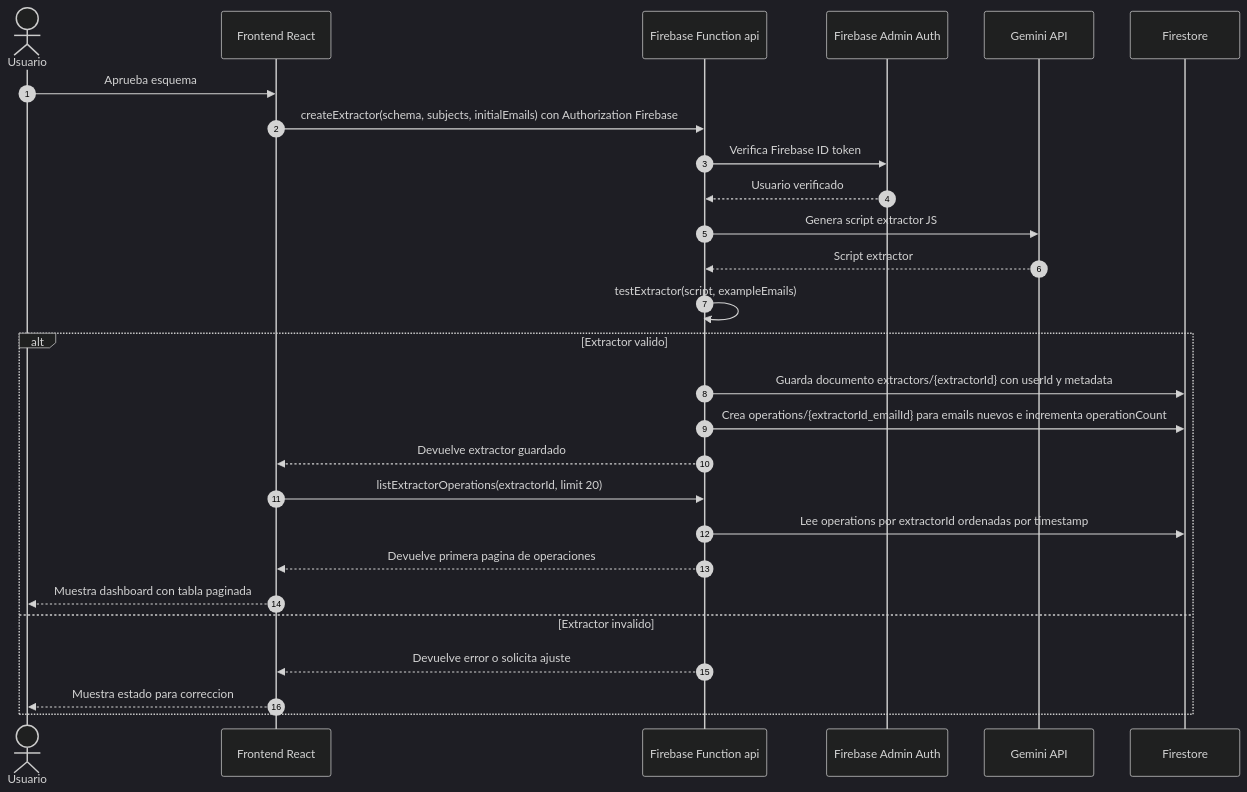
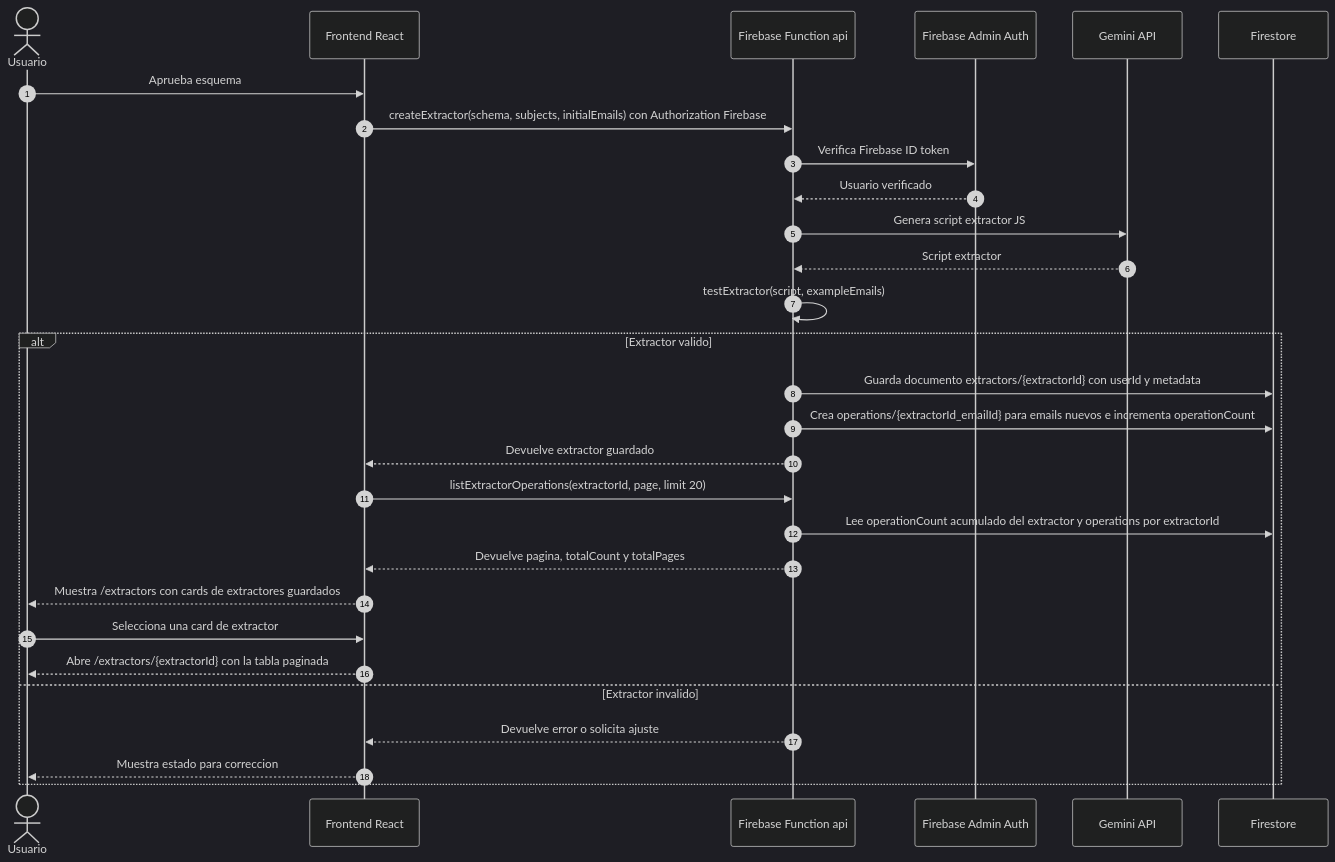
One commit to mijahilbarra/organizr changed the fifth of 9 diagrams in sequence-diagram.md. Above: the diagram before and after it, drawn with Mermaid (dark theme). The commit also changed other lines of this file and 15 other files, not shown here.

Commit message:
Refine extractor dashboard workflow

````diff
--- a/sequence-diagram.md
+++ b/sequence-diagram.md
@@ -121,31 +121,33 @@
 ```mermaid
 sequenceDiagram
   autonumber
   actor User as Usuario
   participant Frontend as Frontend React
   participant Function as Firebase Function api
   participant FirebaseAuth as Firebase Admin Auth
   participant Gemini as Gemini API
   participant Firestore as Firestore
 
   User->>Frontend: Aprueba esquema
   Frontend->>Function: createExtractor(schema, subjects, initialEmails) con Authorization Firebase
   Function->>FirebaseAuth: Verifica Firebase ID token
   FirebaseAuth-->>Function: Usuario verificado
   Function->>Gemini: Genera script extractor JS
   Gemini-->>Function: Script extractor
   Function->>Function: testExtractor(script, exampleEmails)
 
   alt Extractor valido
     Function->>Firestore: Guarda documento extractors/{extractorId} con userId y metadata
     Function->>Firestore: Crea operations/{extractorId_emailId} para emails nuevos e incrementa operationCount
     Function-->>Frontend: Devuelve extractor guardado
-    Frontend->>Function: listExtractorOperations(extractorId, limit 20)
-    Function->>Firestore: Lee operations por extractorId ordenadas por timestamp
-    Function-->>Frontend: Devuelve primera pagina de operaciones
-    Frontend-->>User: Muestra dashboard con tabla paginada
+    Frontend->>Function: listExtractorOperations(extractorId, page, limit 20)
+    Function->>Firestore: Lee operationCount acumulado del extractor y operations por extractorId
+    Function-->>Frontend: Devuelve pagina, totalCount y totalPages
+    Frontend-->>User: Muestra /extractors con cards de extractores guardados
+    User->>Frontend: Selecciona una card de extractor
+    Frontend-->>User: Abre /extractors/{extractorId} con la tabla paginada
   else Extractor invalido
     Function-->>Frontend: Devuelve error o solicita ajuste
     Frontend-->>User: Muestra estado para correccion
   end
 ```
````
